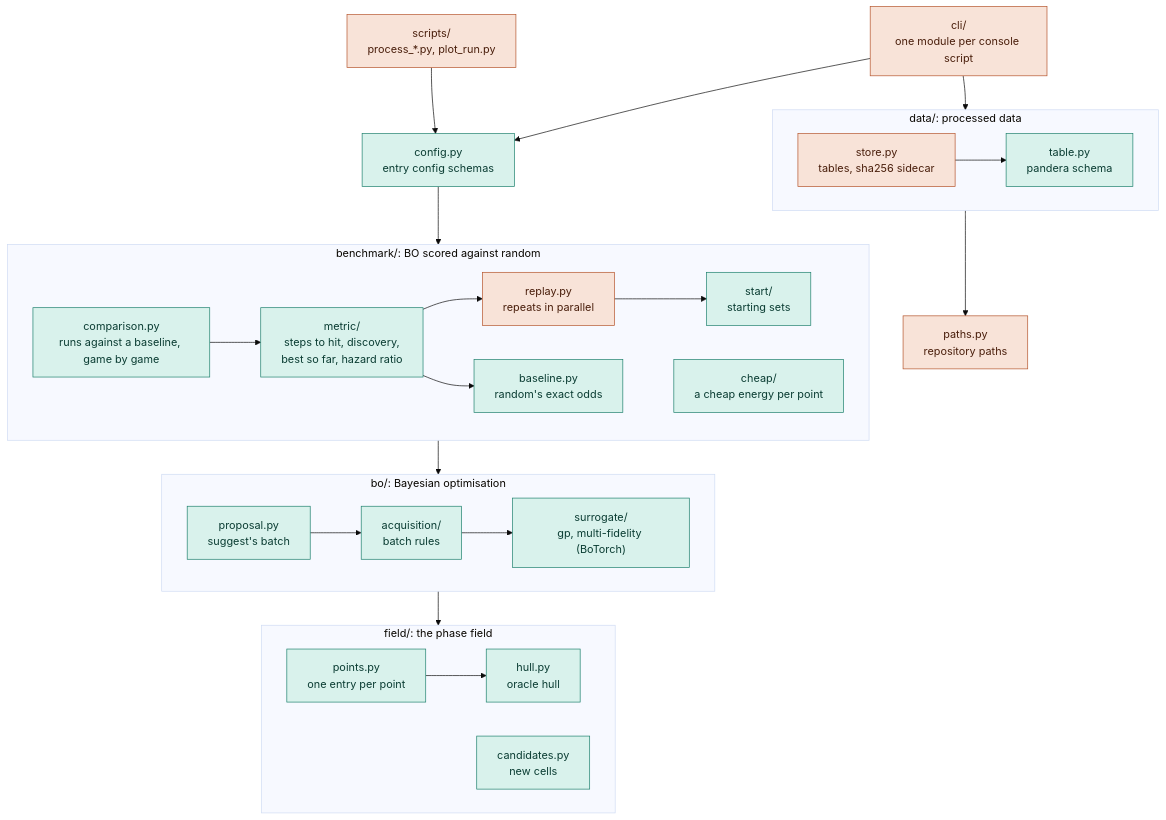
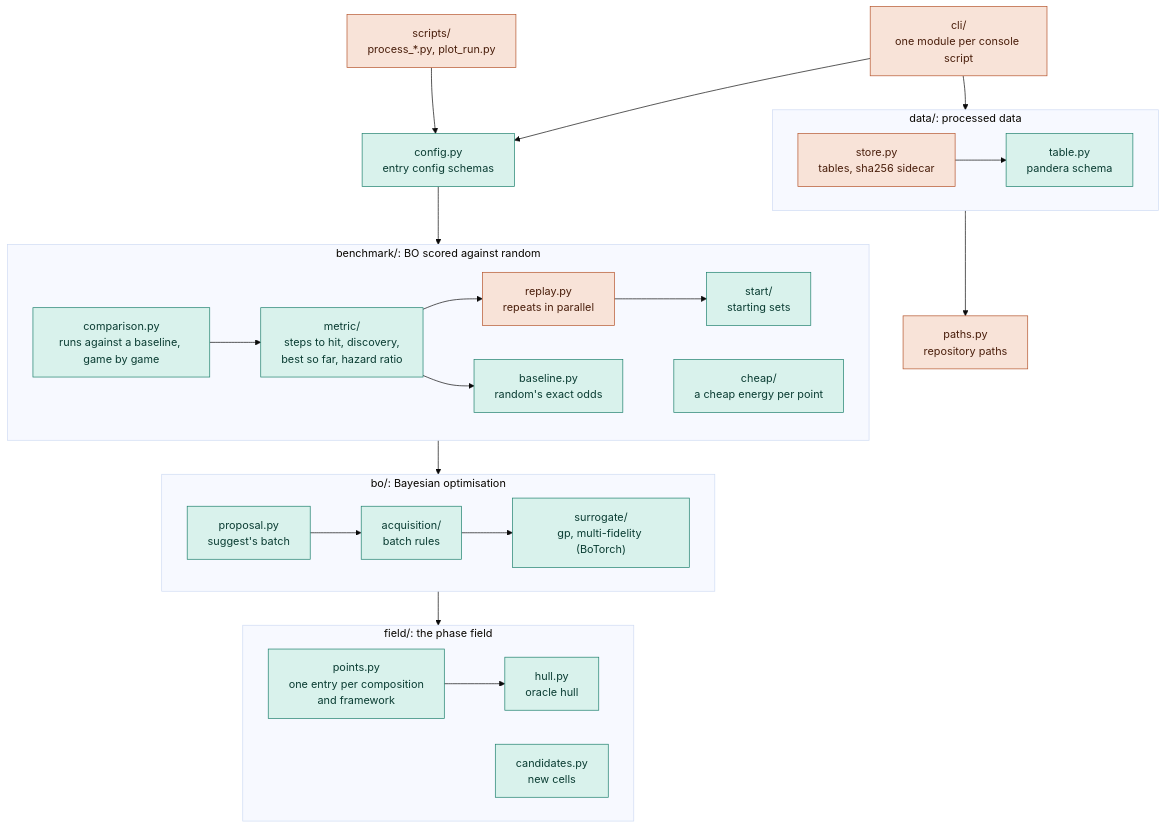
One commit to nuinashco/PhaseBO changed the first of 2 diagrams in CONTRIBUTING.md. Above: the diagram before and after it, drawn with Mermaid (base theme). The commit also changed other lines of this file and 88 other files, not shown here.

````diff
--- a/CONTRIBUTING.md
+++ b/CONTRIBUTING.md
@@ -10,39 +10,39 @@
 ```mermaid
 flowchart TD
     scripts["scripts/<br/>process_*.py, plot_run.py"]:::side
     cli["cli/<br/>one module per console script"]:::side
     config["config.py<br/>entry config schemas"]:::pure
     subgraph benchmark["benchmark/: BO scored against random"]
         comparison["comparison.py<br/>runs against a baseline, game by game"]:::pure
         metric["metric/<br/>steps to hit, discovery,<br/>best so far, hazard ratio"]:::pure
         replay["replay.py<br/>repeats in parallel"]:::side
         start["start/<br/>starting sets"]:::pure
         baseline["baseline.py<br/>random's exact odds"]:::pure
         cheap["cheap/<br/>a cheap energy per point"]:::pure
         comparison --> metric --> replay --> start
         metric --> baseline
     end
     subgraph bo["bo/: Bayesian optimisation"]
         proposal["proposal.py<br/>suggest's batch"]:::pure
         acquisition["acquisition/<br/>batch rules"]:::pure
         surrogate["surrogate/<br/>gp, multi-fidelity (BoTorch)"]:::pure
         proposal --> acquisition --> surrogate
     end
     subgraph field["field/: the phase field"]
-        points["points.py<br/>one entry per point"]:::pure
+        points["points.py<br/>one entry per composition<br/>and framework"]:::pure
         hull["hull.py<br/>oracle hull"]:::pure
         candidates["candidates.py<br/>new cells"]:::pure
         points --> hull
     end
     subgraph data["data/: processed data"]
         store["store.py<br/>tables, sha256 sidecar"]:::side
         table["table.py<br/>pandera schema"]:::pure
         store --> table
     end
     paths["paths.py<br/>repository paths"]:::side
     scripts --> config
     cli --> config --> benchmark --> bo --> field
     cli --> data --> paths
     classDef pure fill:#d9f2ec,stroke:#1b7f6b,color:#0b3d33
     classDef side fill:#f8e3d8,stroke:#b4532a,color:#4a1f0c
 ```
````
